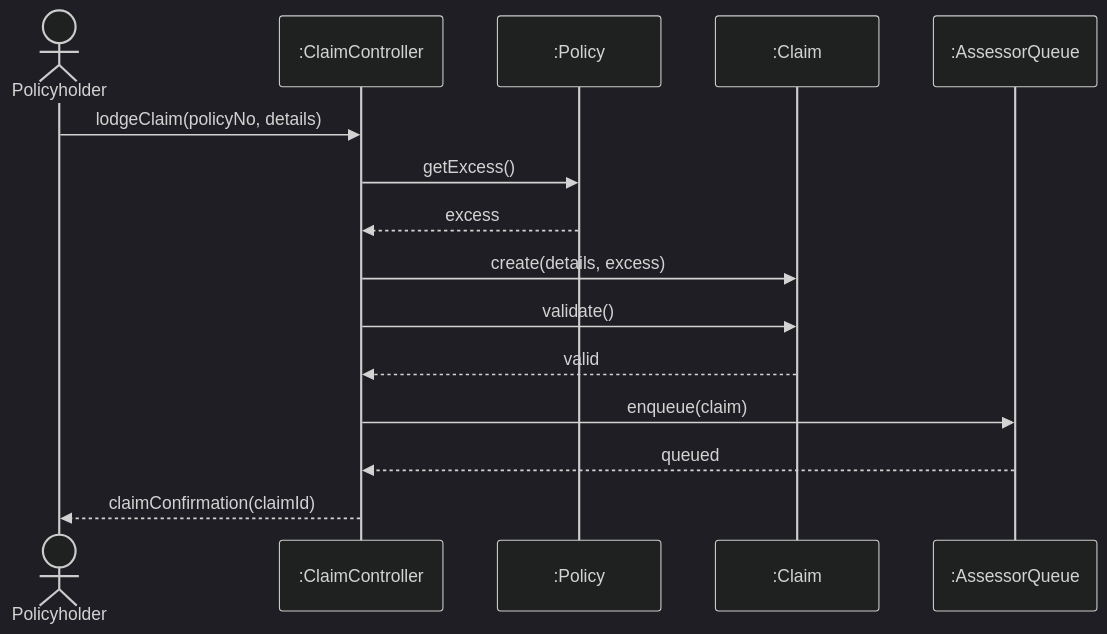
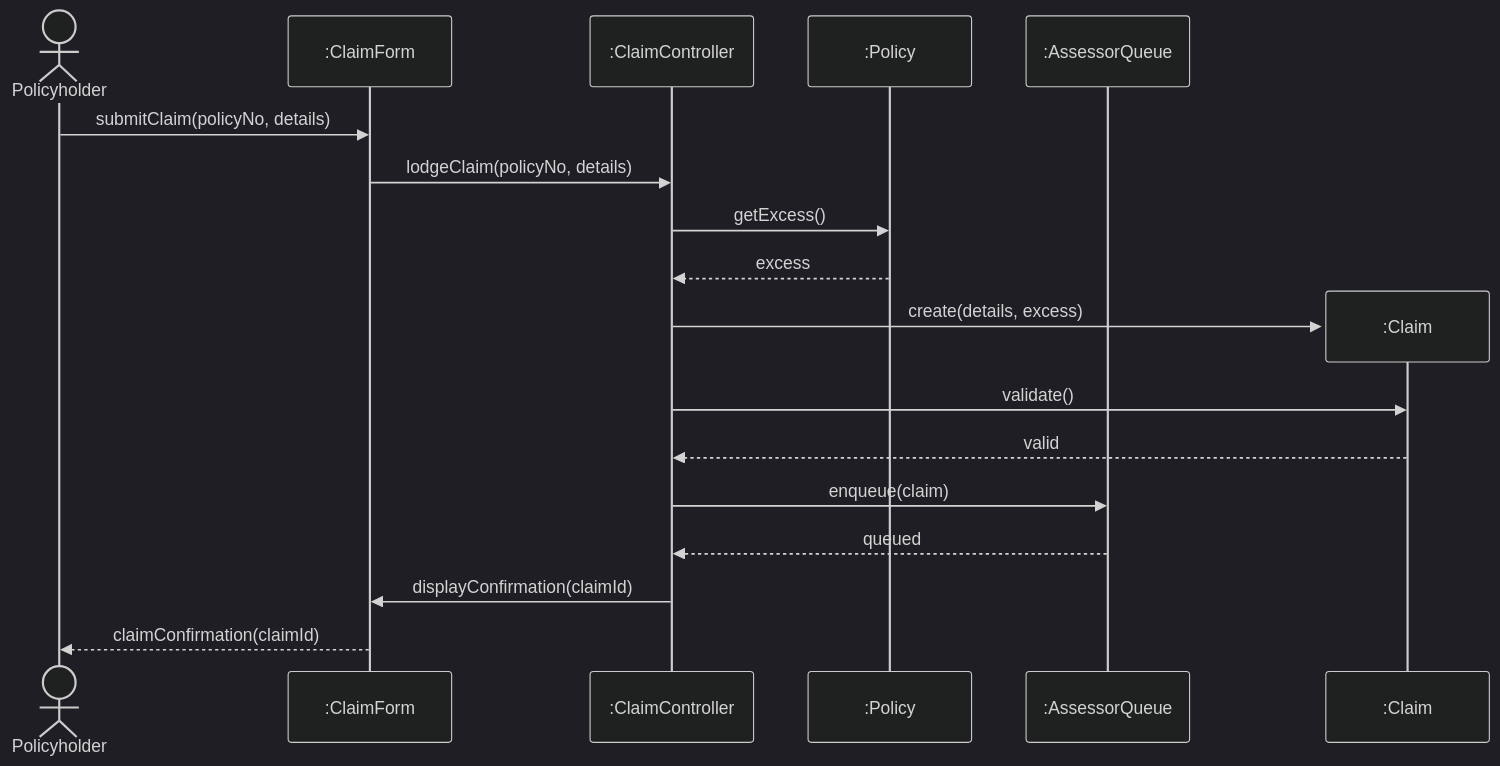
Before and after one commit to Beh69/Software-dev-lectures: the fifth of 5 diagrams in EXAM-DIAGRAMS-AND-DESCRIPTIONS.md, drawn with Mermaid (dark theme). The commit also changed other lines of this file and 3 other files, not shown here.

Commit message:
Correct exam guide diagrams, citations, and practice answers

````diff
--- a/EXAM-DIAGRAMS-AND-DESCRIPTIONS.md
+++ b/EXAM-DIAGRAMS-AND-DESCRIPTIONS.md
@@ -334,18 +364,21 @@
 ```mermaid
 sequenceDiagram
     actor Policyholder
+    participant F as :ClaimForm
     participant CC as :ClaimController
     participant Pol as :Policy
-    participant Cl as :Claim
     participant Q as :AssessorQueue
 
-    Policyholder->>CC: lodgeClaim(policyNo, details)
+    Policyholder->>F: submitClaim(policyNo, details)
+    F->>CC: lodgeClaim(policyNo, details)
     CC->>Pol: getExcess()
     Pol-->>CC: excess
+    create participant Cl as :Claim
     CC->>Cl: create(details, excess)
     CC->>Cl: validate()
     Cl-->>CC: valid
     CC->>Q: enqueue(claim)
     Q-->>CC: queued
-    CC-->>Policyholder: claimConfirmation(claimId)
+    CC->>F: displayConfirmation(claimId)
+    F-->>Policyholder: claimConfirmation(claimId)
 ```
````
